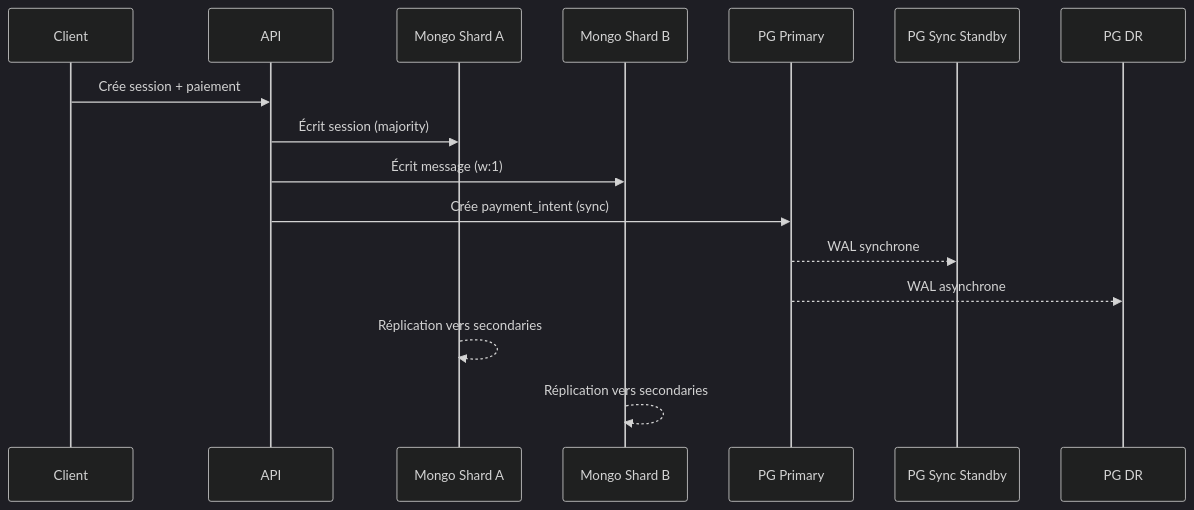
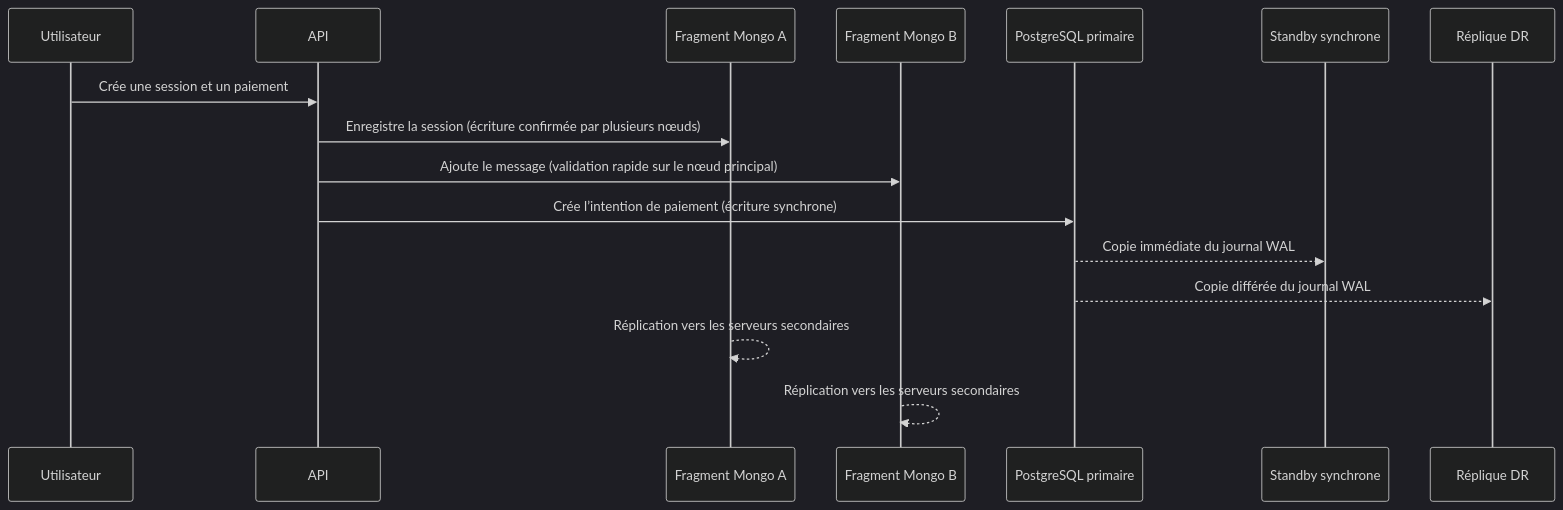
Before and after one commit to youcisla/SwapSkill: the eighth of 8 diagrams in README.md, drawn with Mermaid (dark theme). The commit also changed other lines of this file, not shown here.

````diff
--- a/README.md
+++ b/README.md
@@ -546,19 +622,19 @@
 ```mermaid
 sequenceDiagram
-	participant Client
+	participant Utilisateur
 	participant API
-	participant MongoShardA as Mongo Shard A
-	participant MongoShardB as Mongo Shard B
-	participant PGPrimary as PG Primary
-	participant PGStandby as PG Sync Standby
-	participant PGDR as PG DR
+	participant FragmentMongoA as Fragment Mongo A
+	participant FragmentMongoB as Fragment Mongo B
+	participant PGPrimaire as PostgreSQL primaire
+	participant PGSynchro as Standby synchrone
+	participant PGSecours as Réplique DR
 
-	Client->>API: Crée session + paiement
-	API->>MongoShardA: Écrit session (majority)
-	API->>MongoShardB: Écrit message (w:1)
-	API->>PGPrimary: Crée payment_intent (sync)
-	PGPrimary-->>PGStandby: WAL synchrone
-	PGPrimary-->>PGDR: WAL asynchrone
-	MongoShardA-->>MongoShardA: Réplication vers secondaries
-	MongoShardB-->>MongoShardB: Réplication vers secondaries
+	Utilisateur->>API: Crée une session et un paiement
+	API->>FragmentMongoA: Enregistre la session (écriture confirmée par plusieurs nœuds)
+	API->>FragmentMongoB: Ajoute le message (validation rapide sur le nœud principal)
+	API->>PGPrimaire: Crée l’intention de paiement (écriture synchrone)
+	PGPrimaire-->>PGSynchro: Copie immédiate du journal WAL
+	PGPrimaire-->>PGSecours: Copie différée du journal WAL
+	FragmentMongoA-->>FragmentMongoA: Réplication vers les serveurs secondaires
+	FragmentMongoB-->>FragmentMongoB: Réplication vers les serveurs secondaires
 ```
````
